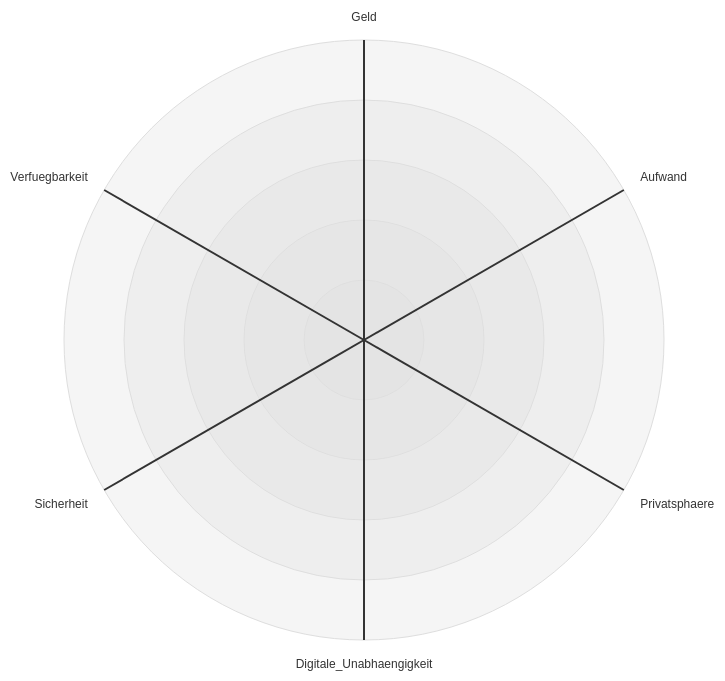
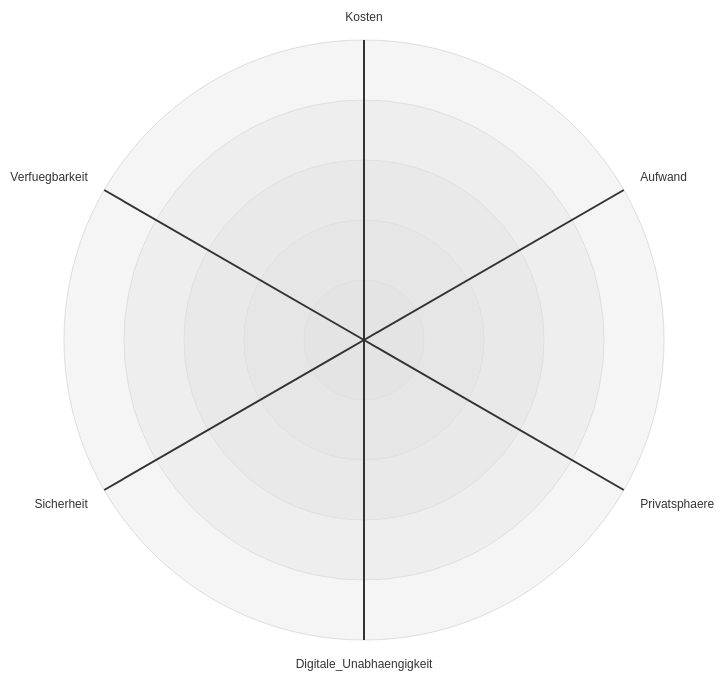
One commit to hnaussed/digitale-unabhaengigkeit-in-der-familie changed the diagram in folien/slides.md. Above: the diagram before and after it, drawn with Mermaid. The commit also changed other lines of this file, not shown here.

````diff
--- a/folien/slides.md
+++ b/folien/slides.md
@@ -74,5 +83,5 @@
 ```mermaid {theme: 'neutral', scale: 0.6}
 radar-beta
-	axis Geld, Aufwand, Privatsphaere, Digitale_Unabhaengigkeit, Sicherheit, Verfuegbarkeit
+	axis Kosten, Aufwand, Privatsphaere, Digitale_Unabhaengigkeit, Sicherheit, Verfuegbarkeit
 	max 5
 ```
````
